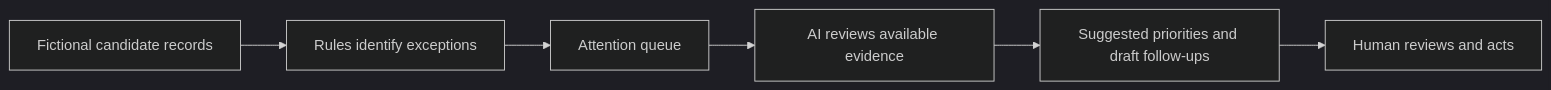
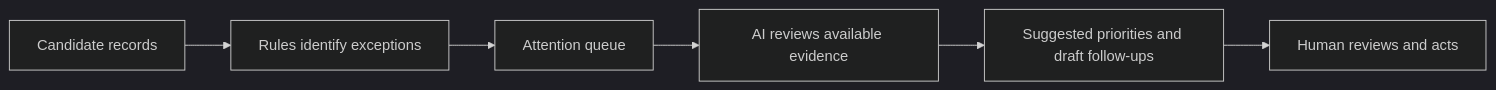
One commit to lewiswinter/lewiswinter changed the diagram in projects/ai-recruitment-operations-agent.md. Above: the diagram before and after it, drawn with Mermaid (dark theme). The commit also changed other lines of this file, not shown here.

````diff
--- a/projects/ai-recruitment-operations-agent.md
+++ b/projects/ai-recruitment-operations-agent.md
@@ -48,8 +64,8 @@
 ```mermaid
 flowchart LR
-    A["Fictional candidate records"] --> B["Rules identify exceptions"]
+    A["Candidate records"] --> B["Rules identify exceptions"]
     B --> C["Attention queue"]
     C --> D["AI reviews available evidence"]
     D --> E["Suggested priorities and draft follow-ups"]
     E --> F["Human reviews and acts"]
 ```
````
